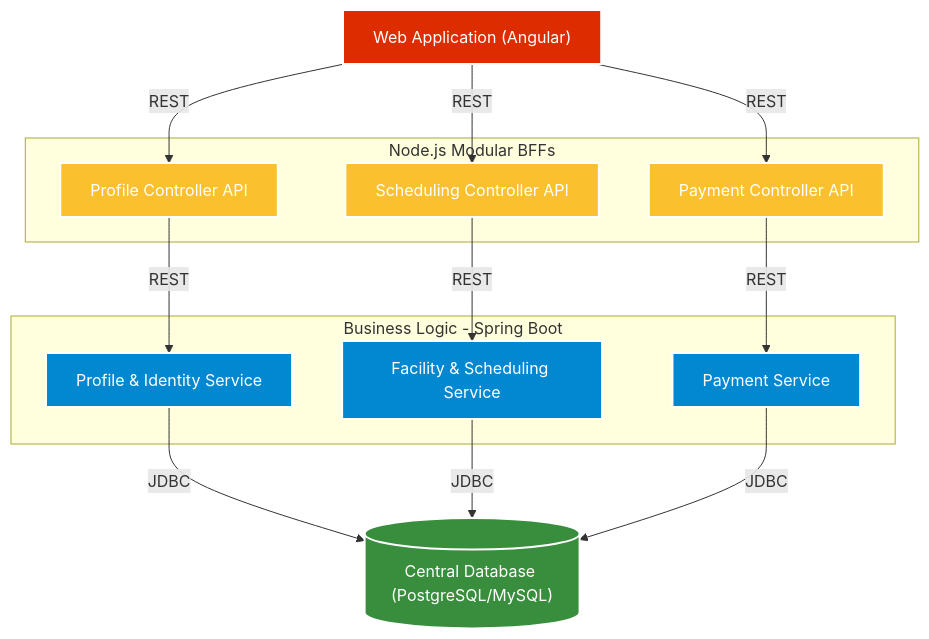
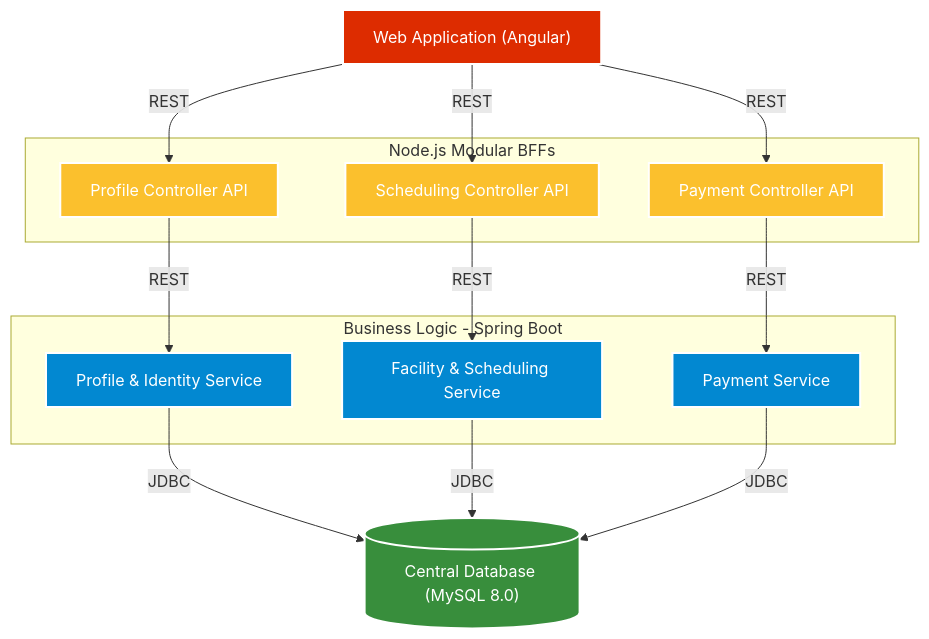
Before and after one commit to SALUS006/hhcc-global-platform: the first of 2 diagrams in solution/architecture_design.md, drawn with Mermaid. The commit also changed other lines of this file and 26 other files, not shown here.

Commit message:
Setup MySQL database and scaffolded profile, scheduling, and payment Spring Boot microservices

````diff
--- a/solution/architecture_design.md
+++ b/solution/architecture_design.md
@@ -14,45 +14,45 @@
 ```mermaid
 graph TD
     %% Presentation Layer
     UI["Web Application (Angular)"]
     
     %% Orchestration Layer (Modular Split)
     subgraph Orchestration Layer [Node.js Modular BFFs]
         ORCH1["Profile Controller API"]
         ORCH2["Scheduling Controller API"]
         ORCH3["Payment Controller API"]
     end
     
     %% Microservices Layer (Spring Boot)
     subgraph Microservices Layer [Business Logic - Spring Boot]
         MS1["Profile & Identity Service"]
         MS2["Facility & Scheduling Service"]
         MS3["Payment Service"]
     end
     
     %% Data Layer
-    DB[("Central Database (PostgreSQL/MySQL)")]
+    DB[("Central Database (MySQL 8.0)")]
     
     %% Relationships
     UI -->|REST| ORCH1
     UI -->|REST| ORCH2
     UI -->|REST| ORCH3
     
     ORCH1 -->|REST| MS1
     ORCH2 -->|REST| MS2
     ORCH3 -->|REST| MS3
     
     MS1 -->|JDBC| DB
     MS2 -->|JDBC| DB
     MS3 -->|JDBC| DB
     
     classDef ui fill:#dd2c00,stroke:#fff,stroke-width:2px,color:#fff;
     classDef orch fill:#fbc02d,stroke:#fff,stroke-width:2px,color:#fff;
     classDef ms fill:#0288d1,stroke:#fff,stroke-width:2px,color:#fff;
     classDef db fill:#388e3c,stroke:#fff,stroke-width:2px,color:#fff;
 
     class UI ui;
     class ORCH1,ORCH2,ORCH3 orch;
     class MS1,MS2,MS3 ms;
     class DB db;
 ```
````
